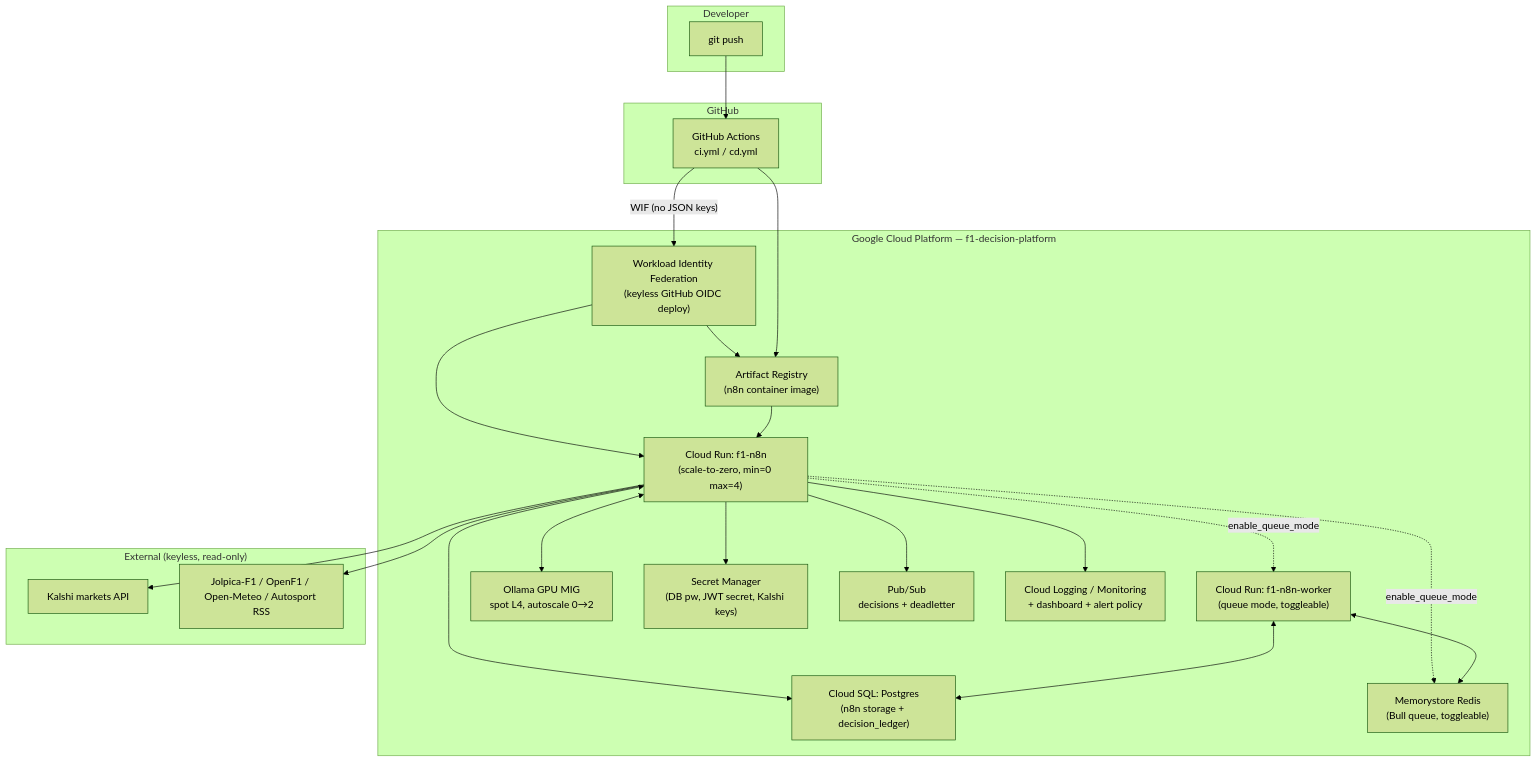
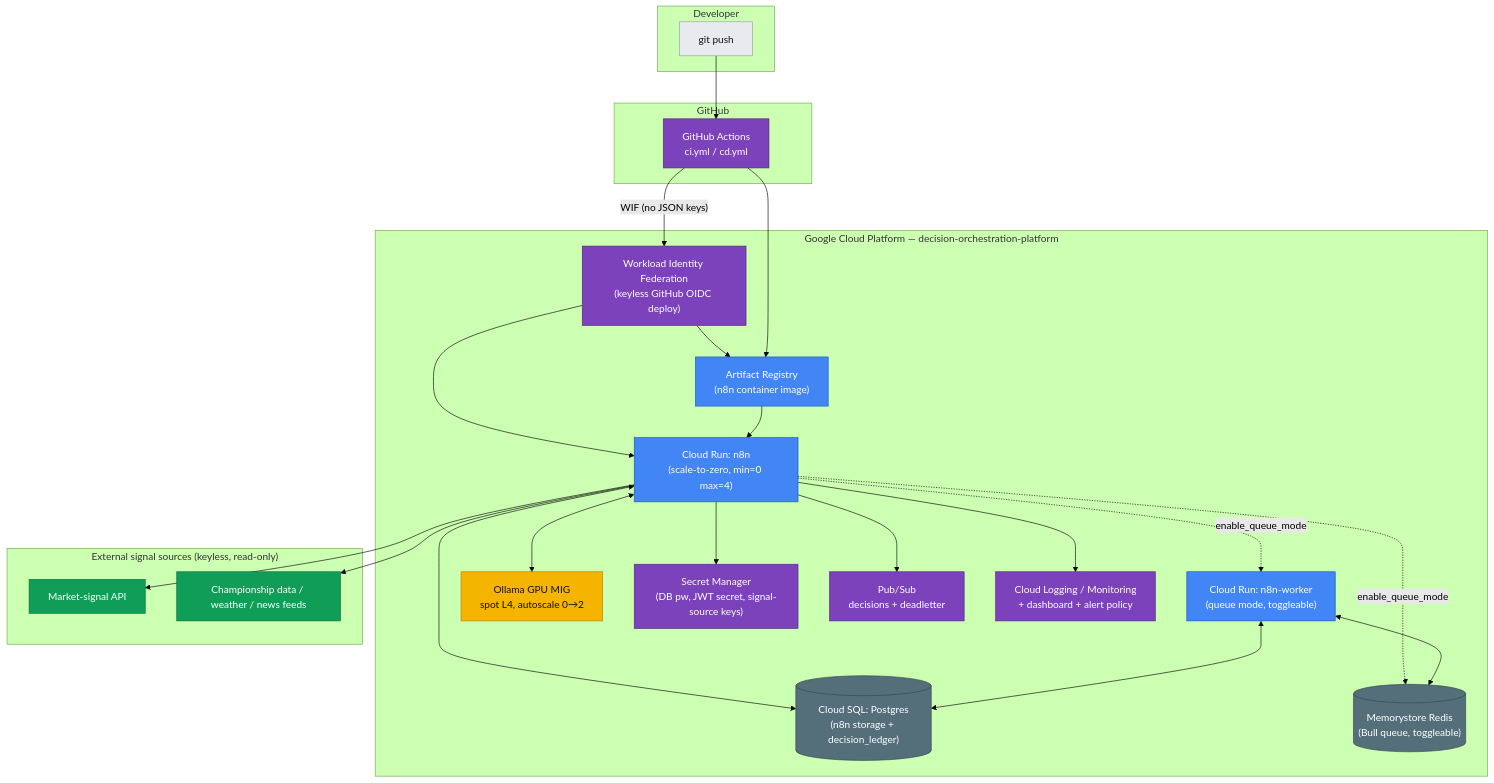
Before and after one commit to AllanWessels/n8n: the diagram in README.md, drawn with Mermaid (forest theme). The commit also changed other lines of this file and 6 other files, not shown here.

First line of the commit message:
docs: reposition as source-agnostic decision-orchestration platform

````diff
--- a/README.md
+++ b/README.md
@@ -42,46 +88,60 @@
 ```mermaid
 flowchart TD
     subgraph dev["Developer"]
         push["git push"]
     end
 
     subgraph gh["GitHub"]
-        actions["GitHub Actions\nci.yml / cd.yml"]
+        actions["GitHub Actions<br/>ci.yml / cd.yml"]
     end
 
-    subgraph gcp["Google Cloud Platform — f1-decision-platform"]
-        ar["Artifact Registry\n(n8n container image)"]
-        cr["Cloud Run: f1-n8n\n(scale-to-zero, min=0 max=4)"]
-        crworker["Cloud Run: f1-n8n-worker\n(queue mode, toggleable)"]
-        sql["Cloud SQL: Postgres\n(n8n storage + decision_ledger)"]
-        redis["Memorystore Redis\n(Bull queue, toggleable)"]
-        mig["Ollama GPU MIG\nspot L4, autoscale 0→2"]
-        sm["Secret Manager\n(DB pw, JWT secret, Kalshi keys)"]
-        ps["Pub/Sub\ndecisions + deadletter"]
-        mon["Cloud Logging / Monitoring\n+ dashboard + alert policy"]
-        wif["Workload Identity Federation\n(keyless GitHub OIDC deploy)"]
+    subgraph gcp["Google Cloud Platform — decision-orchestration-platform"]
+        ar["Artifact Registry<br/>(n8n container image)"]
+        cr["Cloud Run: n8n<br/>(scale-to-zero, min=0 max=4)"]
+        crworker["Cloud Run: n8n-worker<br/>(queue mode, toggleable)"]
+        sql[("Cloud SQL: Postgres<br/>(n8n storage + decision_ledger)")]
+        redis[("Memorystore Redis<br/>(Bull queue, toggleable)")]
+        mig["Ollama GPU MIG<br/>spot L4, autoscale 0→2"]
+        sm["Secret Manager<br/>(DB pw, JWT secret, signal-source keys)"]
+        ps["Pub/Sub<br/>decisions + deadletter"]
+        mon["Cloud Logging / Monitoring<br/>+ dashboard + alert policy"]
+        wif["Workload Identity Federation<br/>(keyless GitHub OIDC deploy)"]
     end
 
-    subgraph ext["External (keyless, read-only)"]
-        kalshi["Kalshi markets API"]
-        jolpica["Jolpica-F1 / OpenF1 / Open-Meteo / Autosport RSS"]
+    subgraph ext["External signal sources (keyless, read-only)"]
+        kalshi["Market-signal API"]
+        jolpica["Championship data / weather / news feeds"]
     end
 
     push --> actions
     actions -- "WIF (no JSON keys)" --> wif
     wif --> ar
     wif --> cr
     actions --> ar
     ar --> cr
     cr <--> sql
     cr <--> mig
     cr -.->|"enable_queue_mode"| redis
     cr -.->|"enable_queue_mode"| crworker
     crworker <--> sql
     crworker <--> redis
     cr --> ps
     cr --> sm
     cr --> mon
     cr --> kalshi
     cr --> jolpica
+
+    classDef gcpCompute fill:#4285F4,stroke:#1a56b8,color:#fff;
+    classDef storage fill:#546E7A,stroke:#37474F,color:#fff;
+    classDef ai fill:#F4B400,stroke:#b58200,color:#111;
+    classDef governance fill:#7B42BC,stroke:#54277f,color:#fff;
+    classDef signal fill:#0F9D58,stroke:#0a7040,color:#fff;
+    classDef devNode fill:#E8EAED,stroke:#9AA0A6,color:#111;
+
+    class push devNode;
+    class actions,wif,sm,mon,ps governance;
+    class ar,cr,crworker gcpCompute;
+    class sql,redis storage;
+    class mig ai;
+    class kalshi,jolpica signal;
 ```
````
